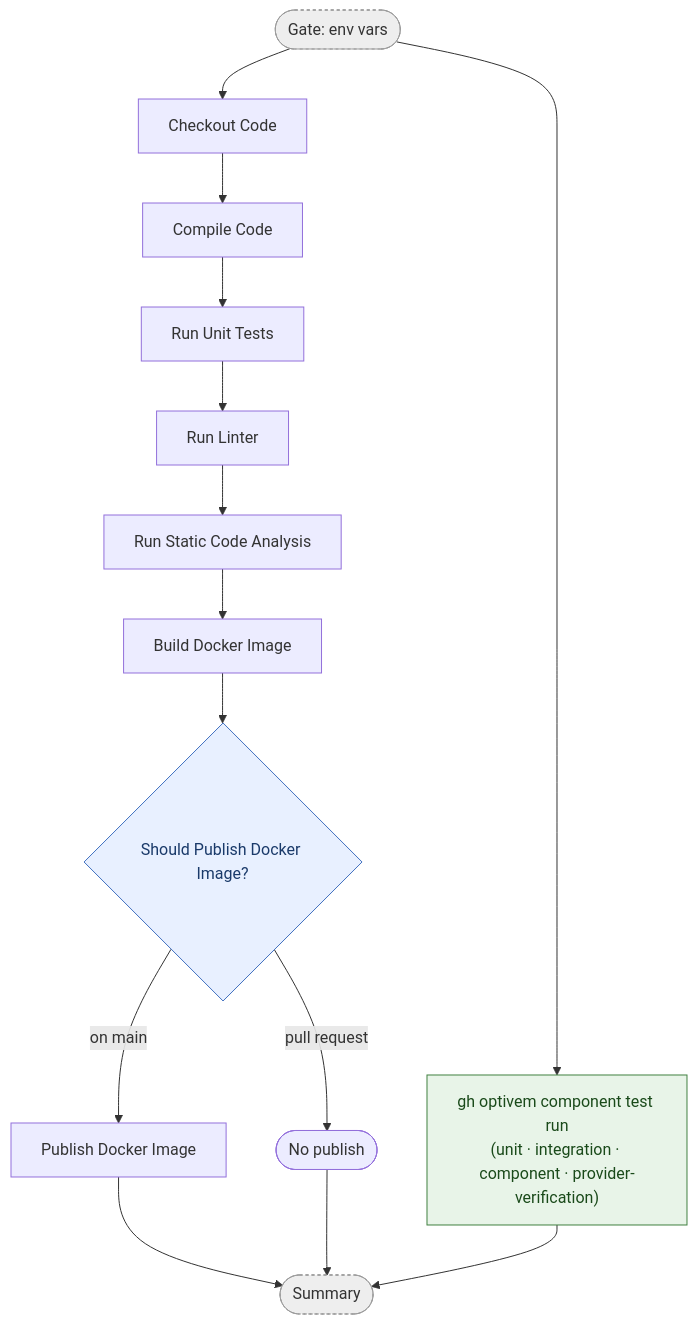
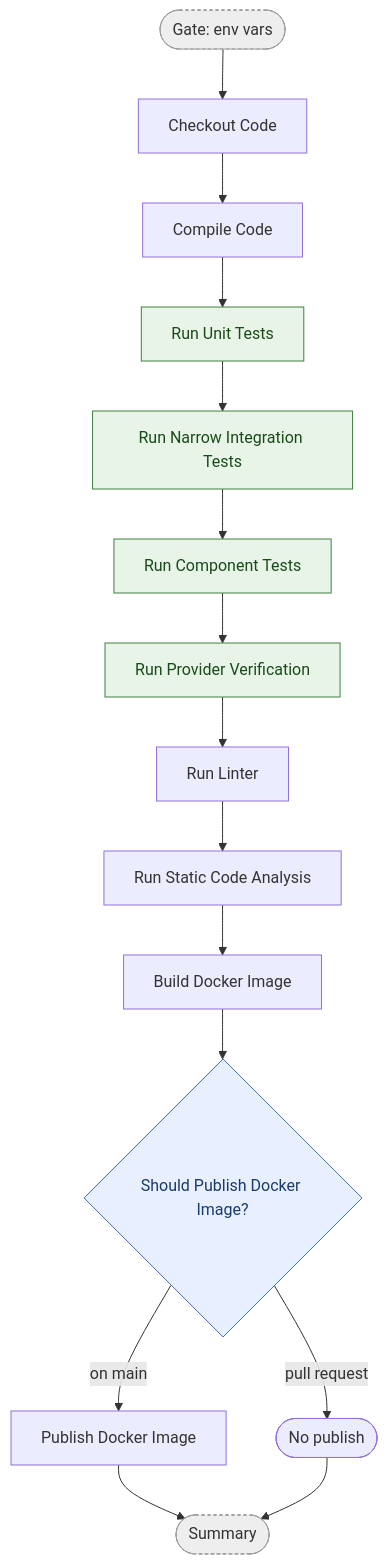
One commit to vivek729/shop-atdd changed the diagram in docs/pipeline/commit-stage.md. Above: the diagram before and after it, drawn with Mermaid. The commit also changed other lines of this file and 3 other files, not shown here.

````diff
--- a/docs/pipeline/commit-stage.md
+++ b/docs/pipeline/commit-stage.md
@@ -13,24 +13,24 @@
 ```mermaid
 flowchart TD
     gate([Gate: env vars]):::gate
 
     gate --> checkout[Checkout Code]
     checkout --> compile[Compile Code]
-    compile --> unit[Run Unit Tests]
-    unit --> linter[Run Linter]
+    compile --> unit[Run Unit Tests]:::component
+    unit --> integration[Run Narrow Integration Tests]:::component
+    integration --> component[Run Component Tests]:::component
+    component --> provider[Run Provider Verification]:::component
+    provider --> linter[Run Linter]
     linter --> analysis[Run Static Code Analysis]
     analysis --> build[Build Docker Image]
     build --> shouldpublish{Should Publish Docker Image?}:::conditional
     shouldpublish -->|on main| publish[Publish Docker Image]
     shouldpublish -->|pull request| done([No publish])
 
-    gate --> ct["gh optivem component test run<br/>(unit · integration · component · provider-verification)"]:::component
-
     publish --> summary([Summary]):::gate
     done --> summary
-    ct --> summary
 
     classDef gate fill:#eee,stroke:#999,stroke-dasharray:3 3,color:#333;
     classDef conditional fill:#e8f0ff,stroke:#4070c0,color:#1a3a6a;
     classDef component fill:#e8f4e8,stroke:#408040,color:#1a4a1a;
 ```
````
